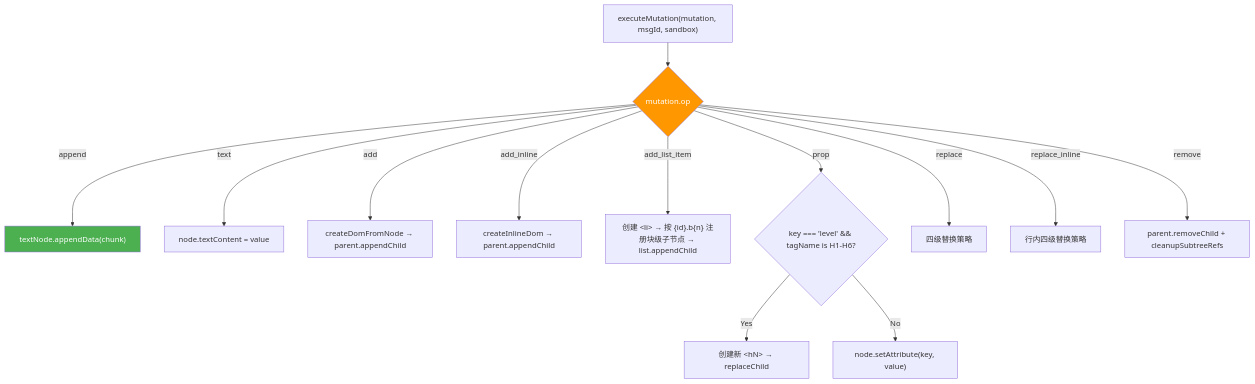
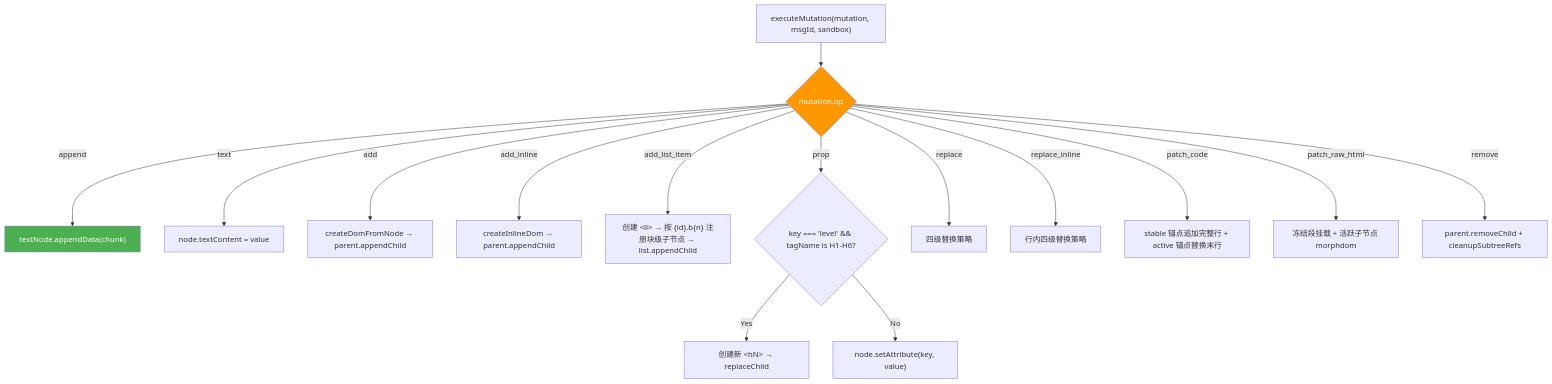
The third of 4 diagrams in docs/modules/ast-diff/04_前端AstExecutor_DOM外科引擎.md (MRiecy/VCPMobile), drawn with Mermaid before and after one commit. The commit also changed other lines of this file and 2 other files, not shown here.

First line of the commit message:
docs(ast-diff): sync with PatchRawHtml op, frontier-cursor tail scanning, and plain thought tails

````diff
--- a/docs/modules/ast-diff/04_前端AstExecutor_DOM外科引擎.md
+++ b/docs/modules/ast-diff/04_前端AstExecutor_DOM外科引擎.md
@@ -228,20 +228,22 @@
 ```mermaid
 flowchart TD
     EM["executeMutation(mutation, msgId, sandbox)"] --> Dispatch{"mutation.op"}
 
     Dispatch -->|"append"| Append["textNode.appendData(chunk)"]
     Dispatch -->|"text"| Text["node.textContent = value"]
     Dispatch -->|"add"| Add["createDomFromNode → parent.appendChild"]
     Dispatch -->|"add_inline"| AddInline["createInlineDom → parent.appendChild"]
     Dispatch -->|"add_list_item"| AddListItem["创建 &lt;li&gt; → 按 {id}.b{n} 注册块级子节点 → list.appendChild"]
     Dispatch -->|"prop"| Prop{"key === 'level' && tagName is H1-H6?"}
     Dispatch -->|"replace"| Replace["四级替换策略"]
     Dispatch -->|"replace_inline"| ReplaceInline["行内四级替换策略"]
+    Dispatch -->|"patch_code"| PatchCode["stable 锚点追加完整行 + active 锚点替换末行"]
+    Dispatch -->|"patch_raw_html"| PatchRawHtml["冻结段挂载 + 活跃子节点 morphdom"]
     Dispatch -->|"remove"| Remove["parent.removeChild + cleanupSubtreeRefs"]
 
     Prop -->|"Yes"| HeadingReplace["创建新 &lt;hN&gt; → replaceChild"]
     Prop -->|"No"| SetAttr["node.setAttribute(key, value)"]
 
     style Append fill:#4caf50,color:#fff
     style Dispatch fill:#ff9800,color:#fff
 ```
````
